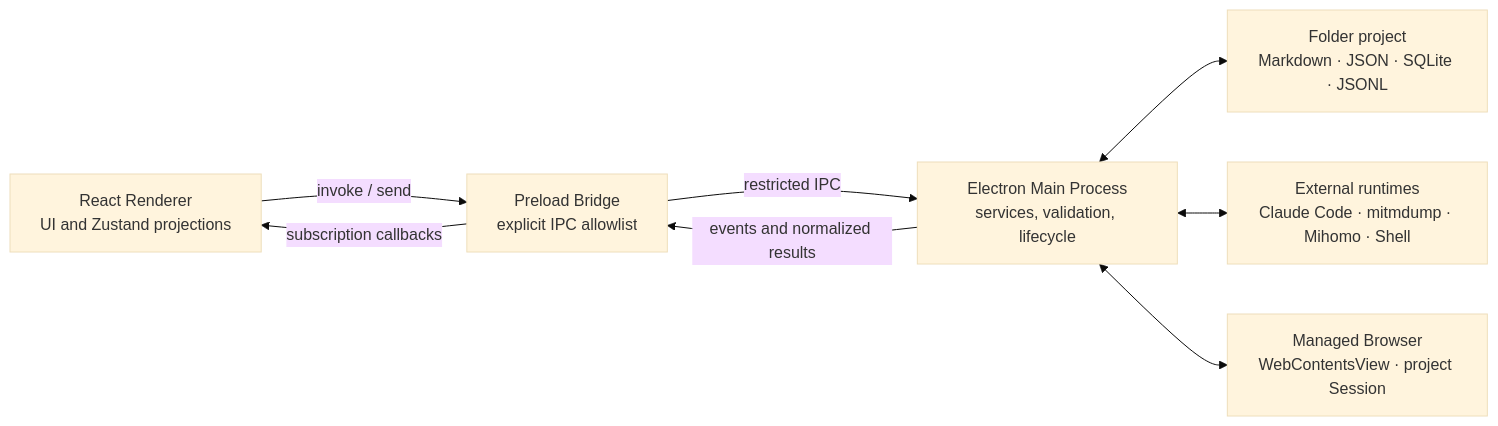
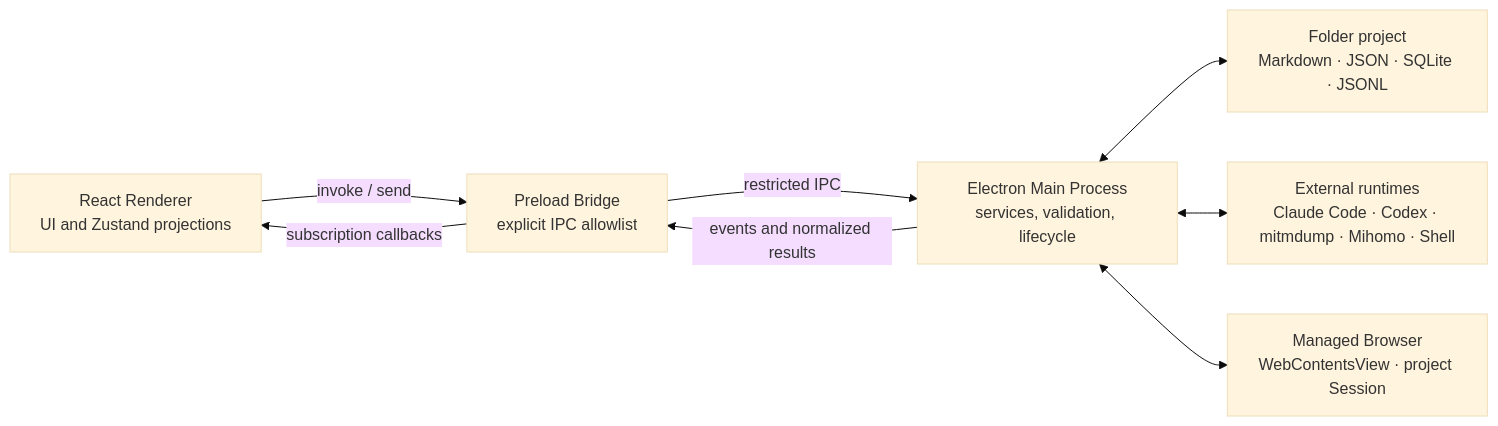
The diagram in docs/architecture.md (ABSllk/Hexestra), drawn with Mermaid (base theme) before and after one commit. The commit also changed 15 other files, not shown here.

````diff
--- a/docs/architecture.md
+++ b/docs/architecture.md
@@ -13,17 +13,17 @@
 ```mermaid
 flowchart LR
     R["React Renderer<br/>UI and Zustand projections"]
     P["Preload Bridge<br/>explicit IPC allowlist"]
     M["Electron Main Process<br/>services, validation, lifecycle"]
     D["Folder project<br/>Markdown · JSON · SQLite · JSONL"]
-    X["External runtimes<br/>Claude Code · mitmdump · Mihomo · Shell"]
+    X["External runtimes<br/>Claude Code · Codex · mitmdump · Mihomo · Shell"]
     B["Managed Browser<br/>WebContentsView · project Session"]
 
     R -->|invoke / send| P
     P -->|restricted IPC| M
     M -->|events and normalized results| P
     P -->|subscription callbacks| R
     M <--> D
     M <--> X
     M <--> B
 ```
````
